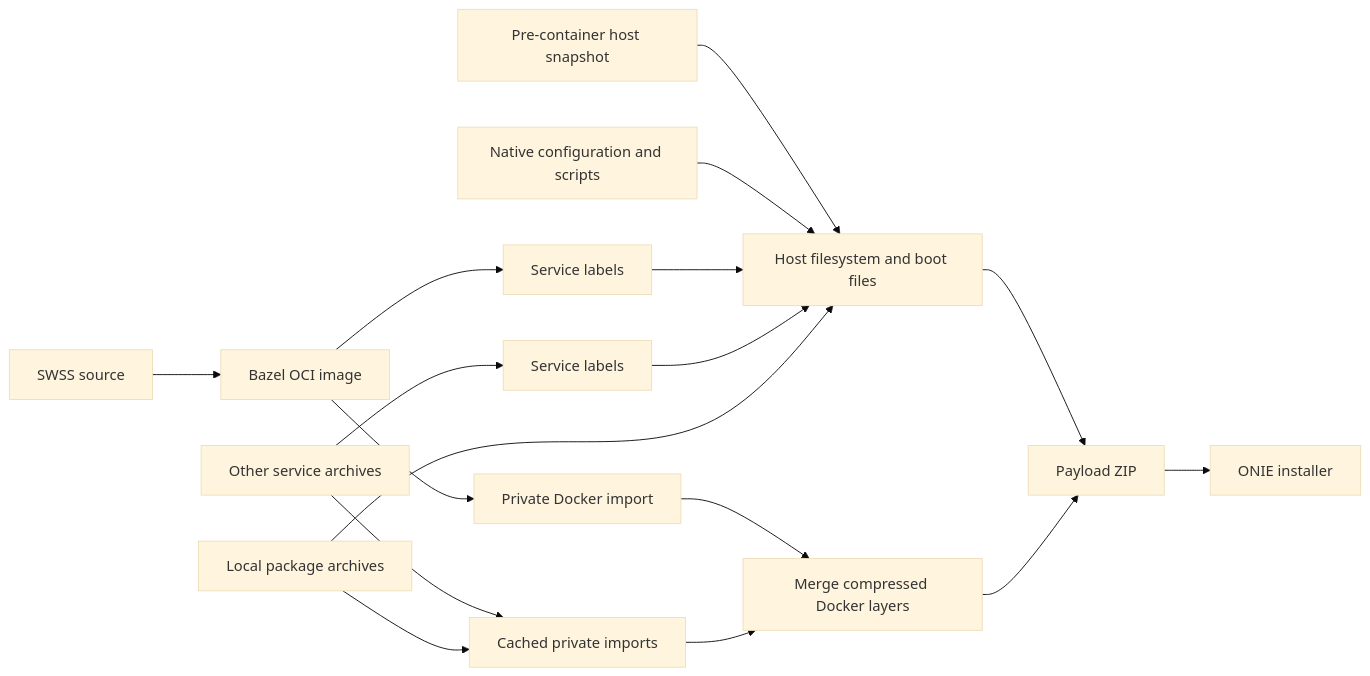
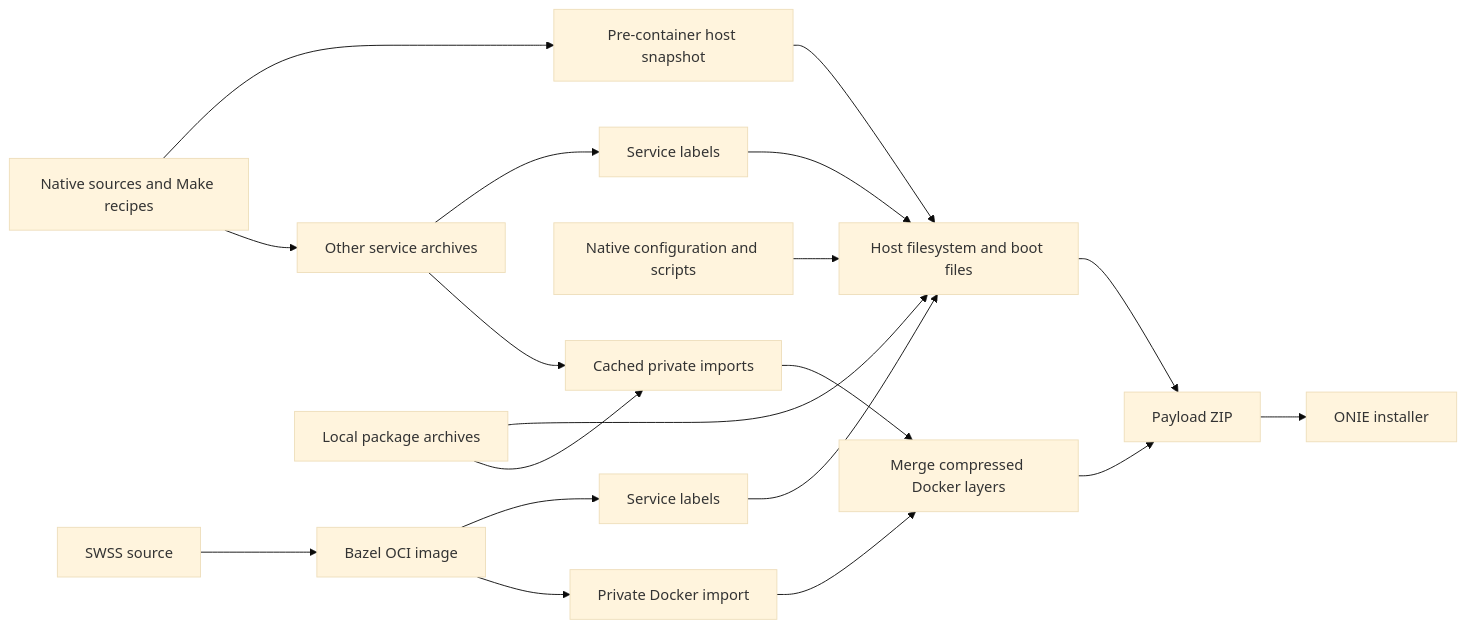
One commit to securely1g/sonic-buildimage changed the diagram in tools/bazel/image/README.md. Above: the diagram before and after it, drawn with Mermaid (base theme). The commit also changed other lines of this file and 24 other files, not shown here.

````diff
--- a/tools/bazel/image/README.md
+++ b/tools/bazel/image/README.md
@@ -17,19 +18,21 @@
 ```mermaid
 flowchart LR
+    NATIVE[Native sources and Make recipes] --> SNAP
+    NATIVE --> OTHER
     SWSS[SWSS source] --> OCI[Bazel OCI image]
     OCI --> META[Service labels]
     SNAP[Pre-container host snapshot] --> HOST[Host filesystem and boot files]
     CONFIG[Native configuration and scripts] --> HOST
     META --> HOST
     OTHER[Other service archives] --> OTHERMETA[Service labels]
     OTHERMETA --> HOST
     LOCAL[Local package archives] --> HOST
     OCI --> IMPORT[Private Docker import]
     OTHER --> IMPORTS[Cached private imports]
     LOCAL --> IMPORTS
     IMPORT --> STORE[Merge compressed Docker layers]
     IMPORTS --> STORE
     HOST --> ZIP[Payload ZIP]
     STORE --> ZIP
     ZIP --> ONIE[ONIE installer]
 ```
````
